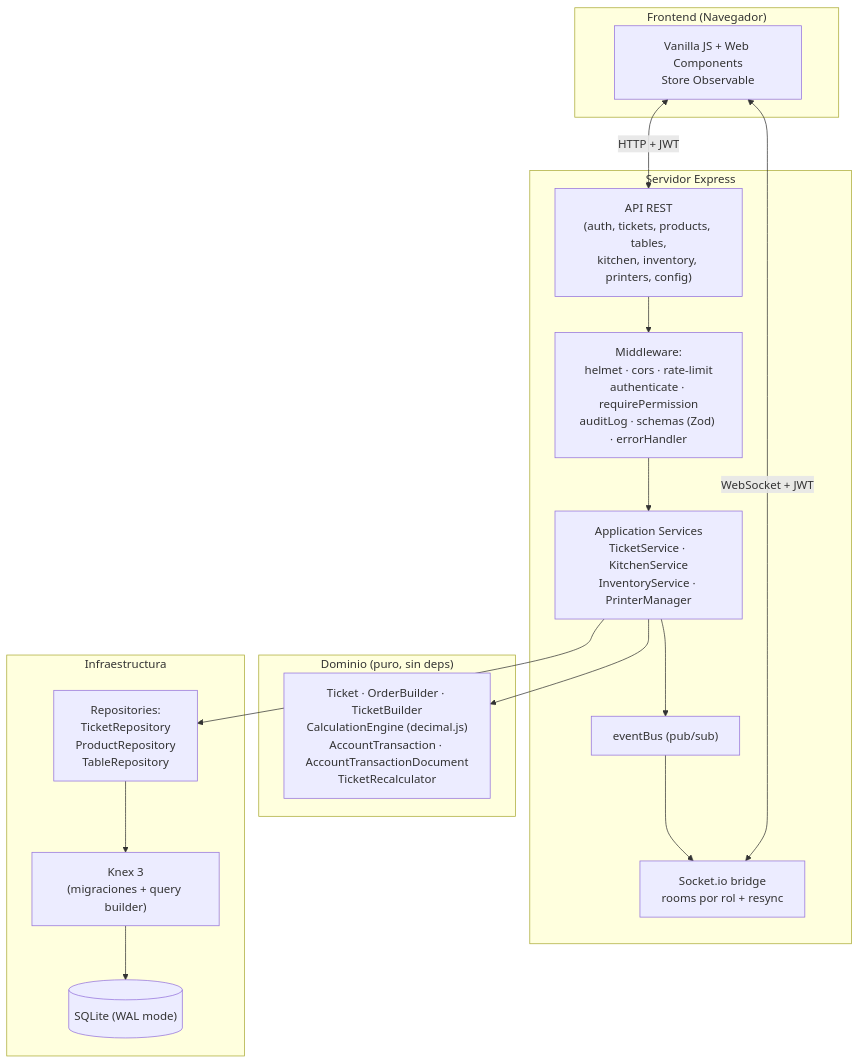
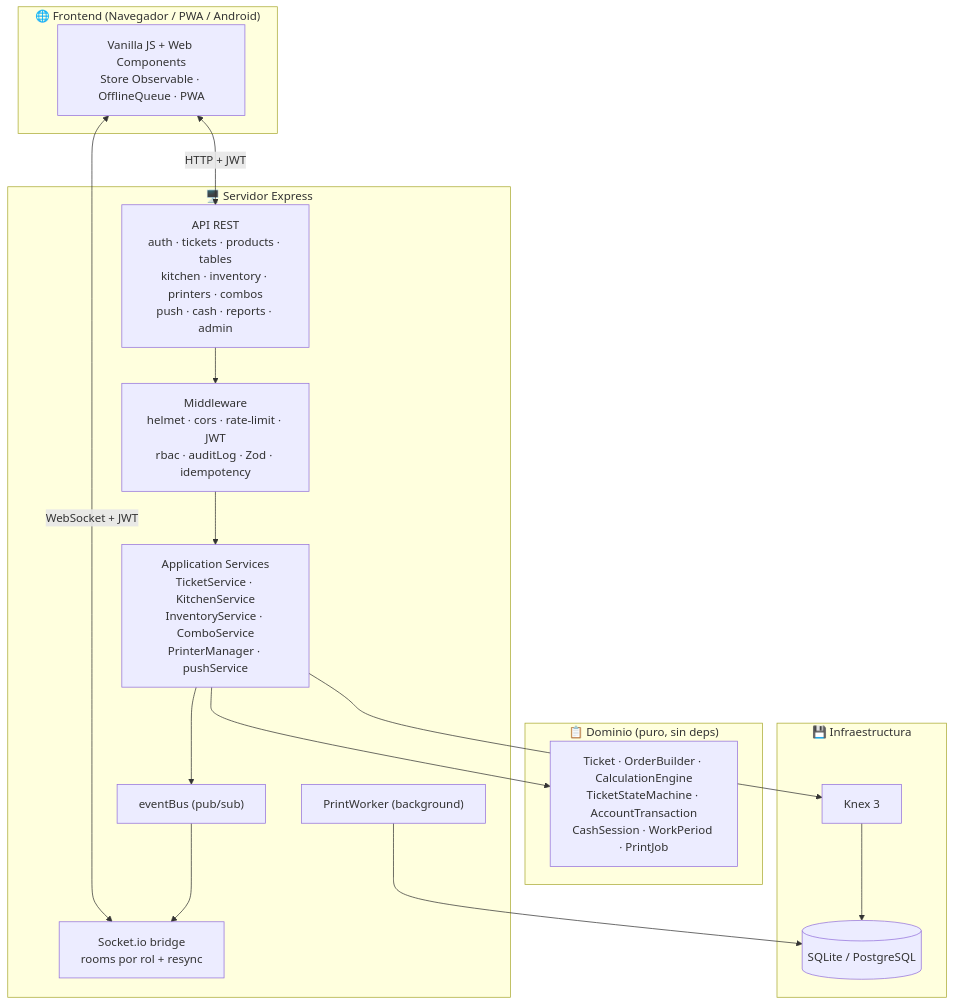
The diagram in README.md (Lean031110/Samba_Pos_V3-Web), drawn with Mermaid before and after one commit. The commit also changed other lines of this file, not shown here.

````diff
--- a/README.md
+++ b/README.md
@@ -137,34 +120,32 @@
 ```mermaid
 flowchart TD
-    subgraph Client["Frontend (Navegador)"]
-        UI["Vanilla JS + Web Components<br/>Store Observable"]
+    subgraph Client["🌐 Frontend (Navegador / PWA / Android)"]
+        UI["Vanilla JS + Web Components<br/>Store Observable · OfflineQueue · PWA"]
     end
 
-    subgraph Server["Servidor Express"]
-        API["API REST<br/>(auth, tickets, products, tables,<br/>kitchen, inventory, printers, config)"]
-        MW["Middleware:<br/>helmet · cors · rate-limit<br/>authenticate · requirePermission<br/>auditLog · schemas (Zod) · errorHandler"]
-        APP["Application Services<br/>TicketService · KitchenService<br/>InventoryService · PrinterManager"]
+    subgraph Server["🖥️ Servidor Express"]
+        API["API REST<br/>auth · tickets · products · tables<br/>kitchen · inventory · printers · combos<br/>push · cash · reports · admin"]
+        MW["Middleware<br/>helmet · cors · rate-limit · JWT<br/>rbac · auditLog · Zod · idempotency"]
+        APP["Application Services<br/>TicketService · KitchenService<br/>InventoryService · ComboService<br/>PrinterManager · pushService"]
         EB["eventBus (pub/sub)"]
         WS["Socket.io bridge<br/>rooms por rol + resync"]
+        PW["PrintWorker (background)"]
     end
 
-    subgraph Domain["Dominio (puro, sin deps)"]
-        DOM["Ticket · OrderBuilder · TicketBuilder<br/>CalculationEngine (decimal.js)<br/>AccountTransaction · AccountTransactionDocument<br/>TicketRecalculator"]
+    subgraph Domain["📋 Dominio (puro, sin deps)"]
+        DOM["Ticket · OrderBuilder · CalculationEngine<br/>TicketStateMachine · AccountTransaction<br/>CashSession · WorkPeriod · PrintJob"]
     end
 
-    subgraph Infra["Infraestructura"]
-        KNEX["Knex 3<br/>(migraciones + query builder)"]
-        REPO["Repositories:<br/>TicketRepository<br/>ProductRepository<br/>TableRepository"]
-        DB[("SQLite (WAL mode)")]
+    subgraph Infra["💾 Infraestructura"]
+        KNEX["Knex 3"]
+        DB[("SQLite / PostgreSQL")]
     end
 
     UI <-->|"HTTP + JWT"| API
+    UI <-->|"WebSocket + JWT"| WS
     API --> MW --> APP
-    APP --> EB
-    EB --> WS
-    WS <-->|"WebSocket + JWT"| UI
+    APP --> EB --> WS
     APP --> DOM
-    APP --> REPO
-    REPO --> KNEX
-    KNEX --> DB
+    APP --> KNEX --> DB
+    PW --> DB
 ```
````
